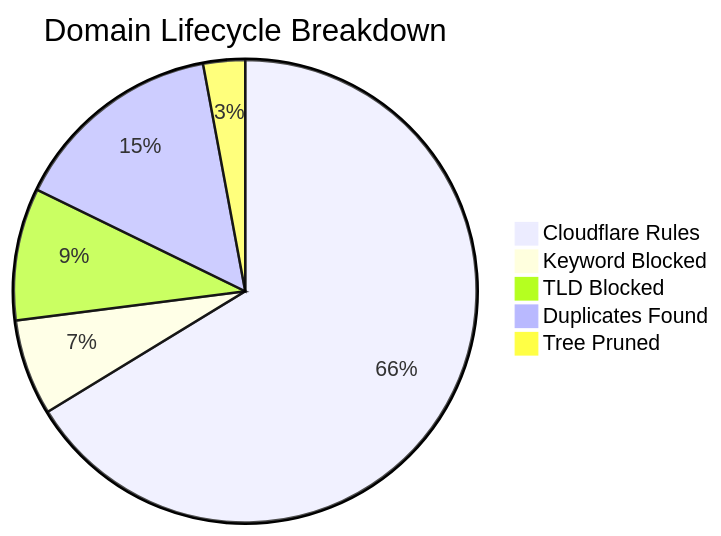
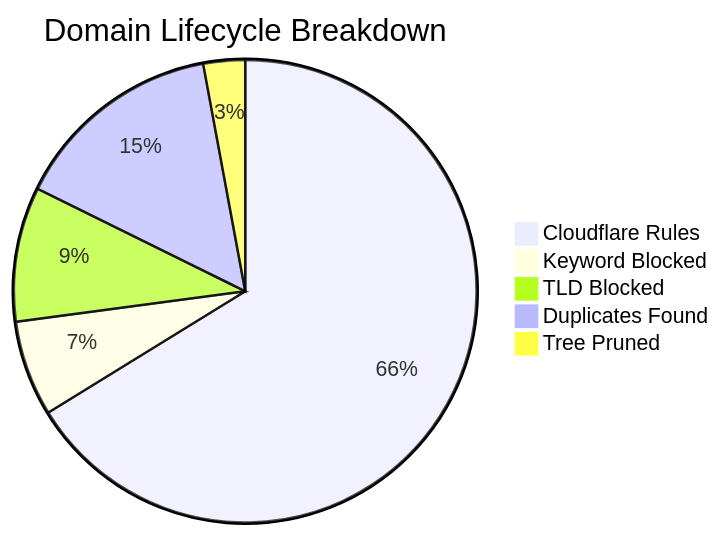
One commit to brojangles24/Cloudflare-ZeroTrust-AdBlock changed the diagram in README_STATS.md. Above: the diagram before and after it, drawn with Mermaid. The commit also changed other lines of this file and 1 other file, not shown here.

````diff
--- a/README_STATS.md
+++ b/README_STATS.md
@@ -5,8 +5,8 @@
 ```mermaid
 pie title Domain Lifecycle Breakdown
-    "Cloudflare Rules" : 278085
-    "Keyword Blocked" : 28091
-    "TLD Blocked" : 38789
-    "Duplicates Found" : 62334
-    "Tree Pruned" : 12272
+    "Cloudflare Rules" : 278289
+    "Keyword Blocked" : 28088
+    "TLD Blocked" : 39497
+    "Duplicates Found" : 62181
+    "Tree Pruned" : 12251
 ```
````
